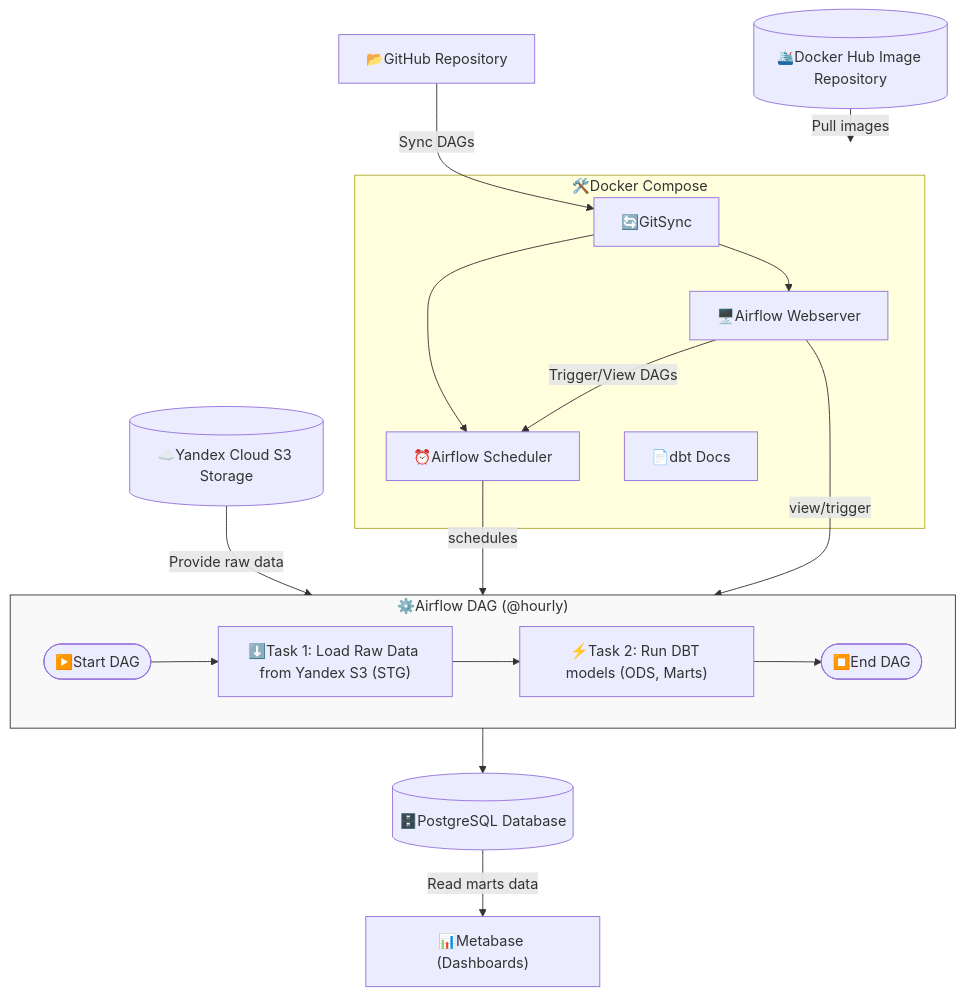
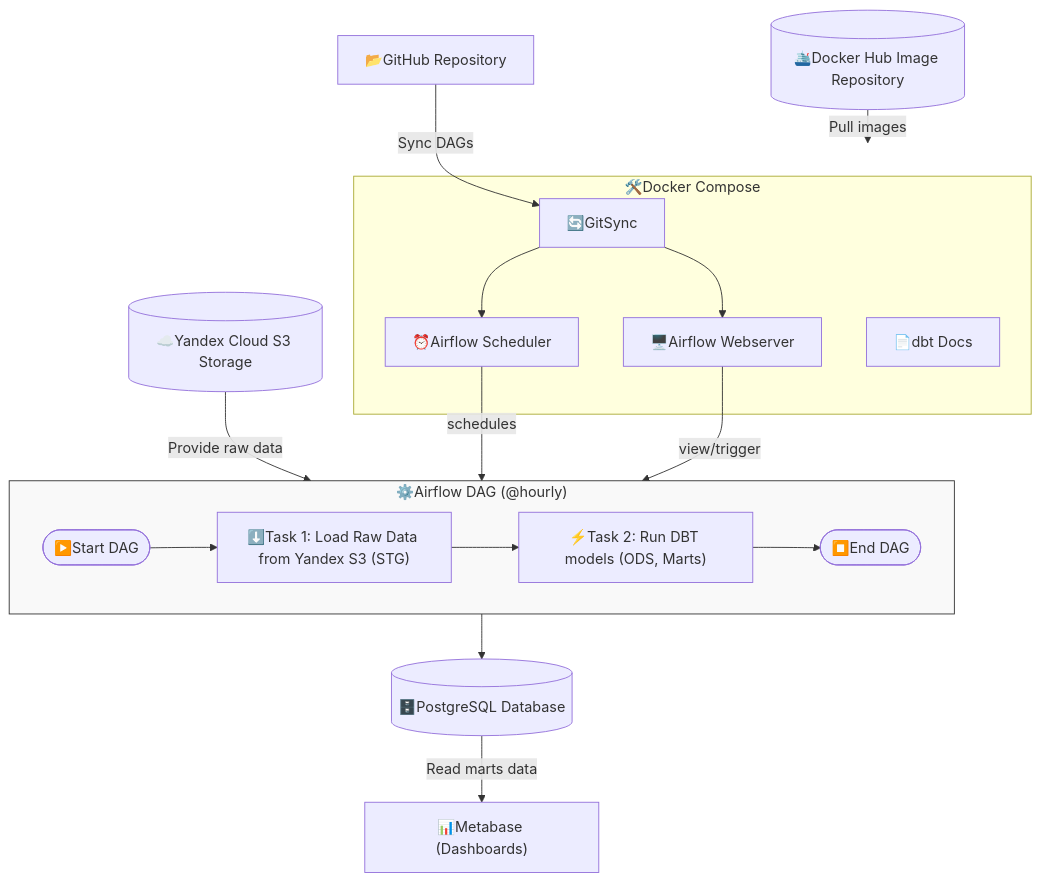
Before and after one commit to datavia/etl-airflow-dbt-metabase: the diagram in README.md, drawn with Mermaid.

Commit message:
update graph

````diff
--- a/README.md
+++ b/README.md
@@ -98,32 +98,31 @@
 ```mermaid
 flowchart TD
     DockerHub[(🛳️Docker Hub Image Repository)] -->|Pull images| DockerCompose
     GitHub["📂GitHub Repository"] -->|Sync DAGs| GitSync
 
     subgraph DockerCompose["🛠️Docker Compose"]
         Webserver[🖥️Airflow Webserver]
         Scheduler[⏰Airflow Scheduler]
         GitSync["🔄GitSync "]
         DBTDocs["📄dbt Docs"]
     end
 
     GitSync --> Webserver
     GitSync --> Scheduler
 
     Scheduler --> |schedules| DAG
     Webserver --> |view/trigger| DAG
 
     subgraph DAG["⚙️Airflow DAG (@hourly)"]
         direction LR
         DAGStart([▶️Start DAG]) --> Task1_LoadS3["⬇️Task 1: Load Raw Data from Yandex S3 (STG)"] --> Task2_DBT["⚡Task 2: Run DBT models (ODS, Marts)"] --> DAGEnd([⏹️End DAG])
     end
 
     YandexS3[(☁️Yandex Cloud S3 Storage)] -->|Provide raw data| Task1_LoadS3
 
     Task2_DBT --> PostgreSQL[(🗄️PostgreSQL Database)]
 
-    Webserver -->|Trigger/View DAGs| Scheduler
     PostgreSQL -->|Read marts data| Metabase["📊Metabase (Dashboards)"]
 
     style DAG fill:#f9f9f9,stroke:#333
 ```
````
